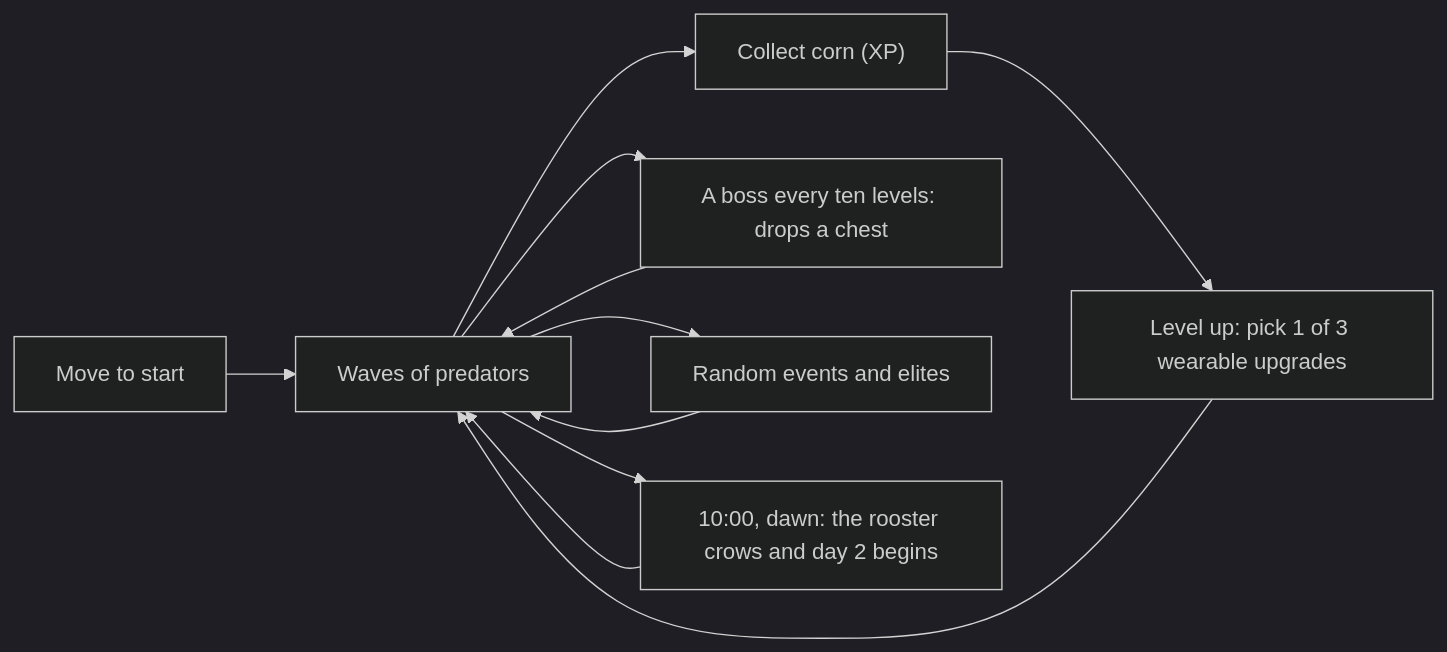
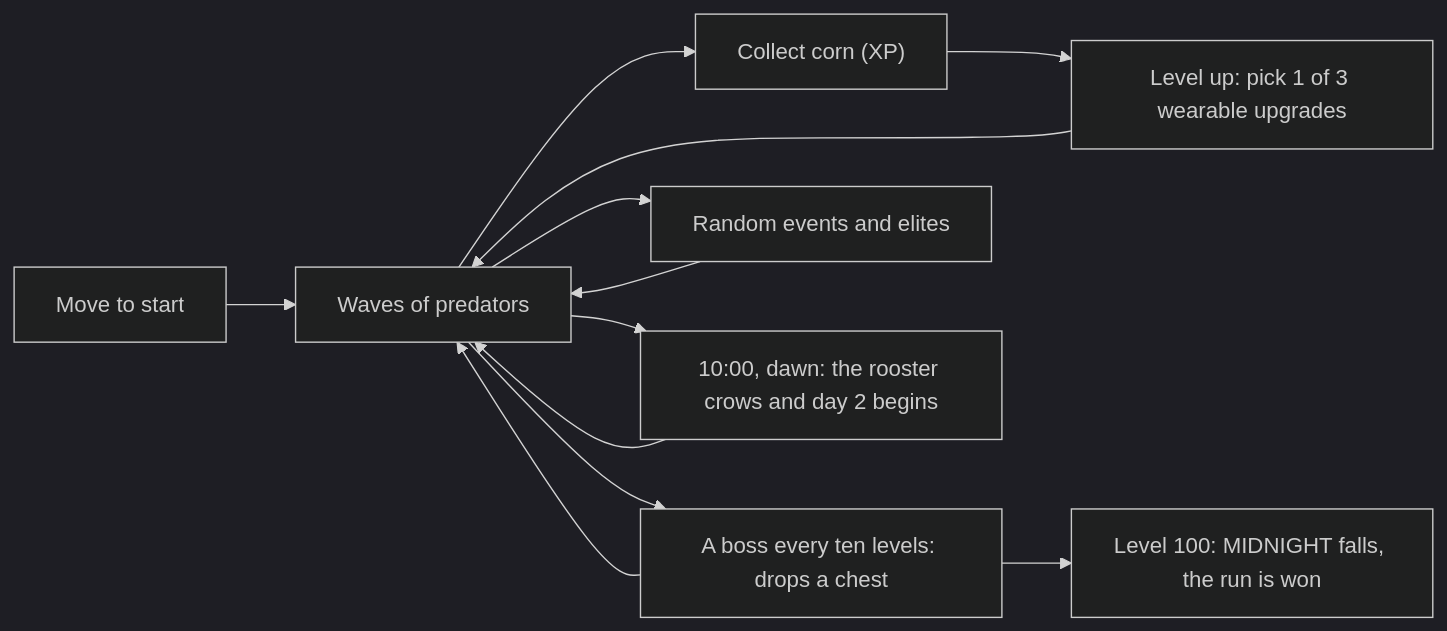
One commit to RodolfoXiloj/quiquiriqui-32k changed the diagram in README.md. Above: the diagram before and after it, drawn with Mermaid (dark theme). The commit also changed other lines of this file and 6 other files, not shown here.

````diff
--- a/README.md
+++ b/README.md
@@ -139,13 +139,14 @@
 ```mermaid
 flowchart LR
   A["Move to start"] --> B["Waves of predators"]
   B --> C["Collect corn (XP)"]
   C --> D["Level up: pick 1 of 3 wearable upgrades"]
   D --> B
   B --> E["A boss every ten levels: drops a chest"]
   E --> B
+  E --> W["Level 100: MIDNIGHT falls, the run is won"]
   B --> G["Random events and elites"]
   G --> B
   B --> F["10:00, dawn: the rooster crows and day 2 begins"]
   F --> B
 ```
````
